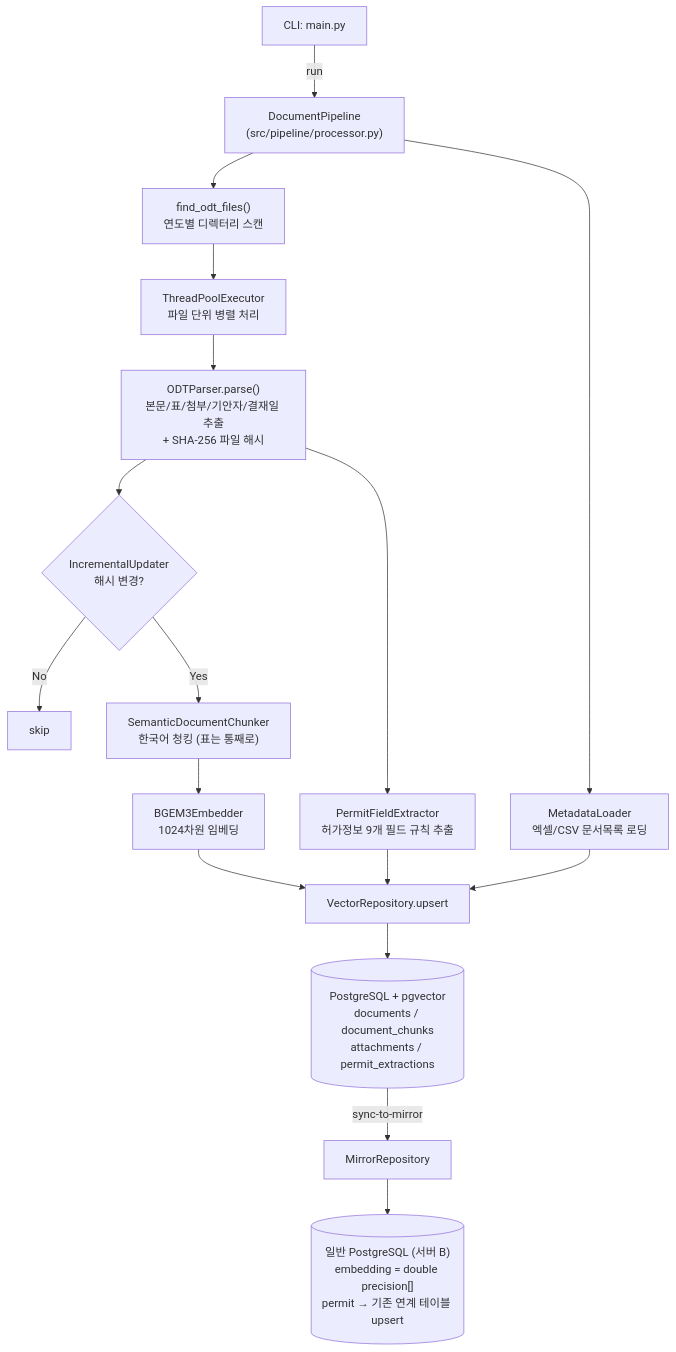
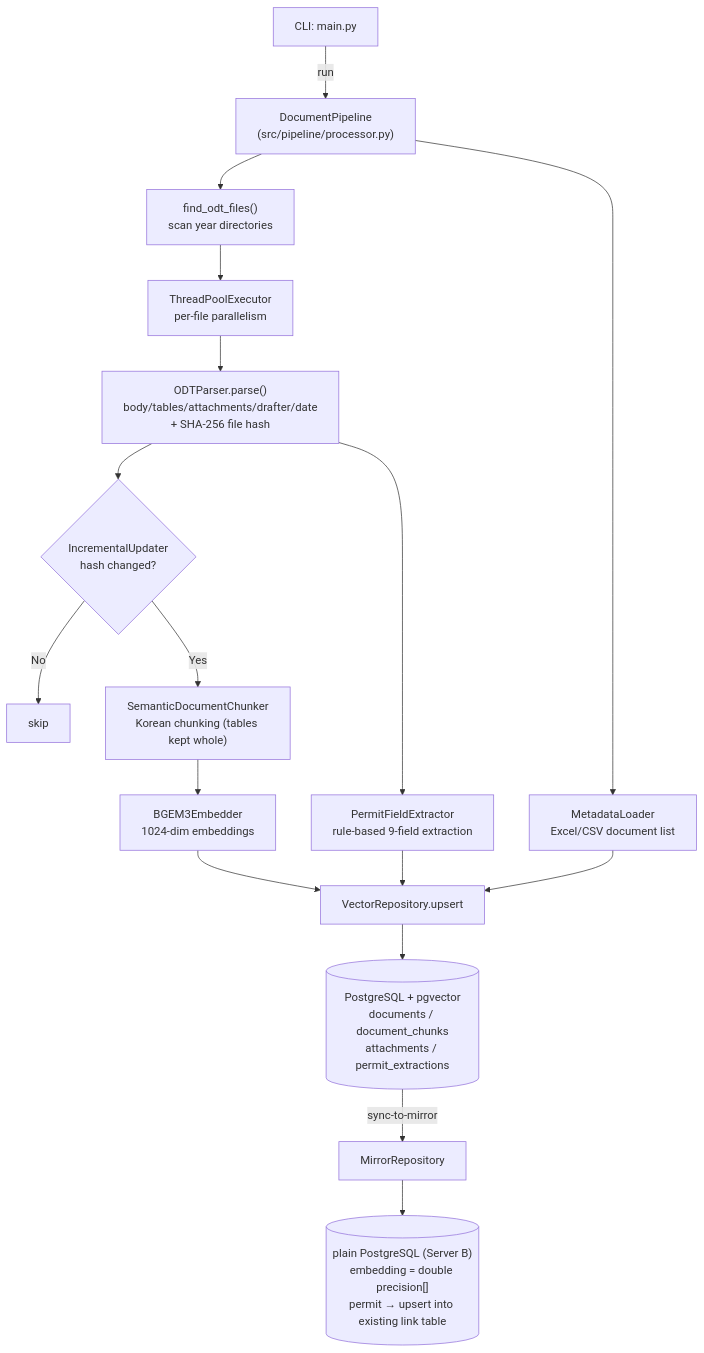
Before and after one commit to chaeminyoon/Doc-Vectorize-Pipeline: the first of 3 diagrams in README.md, drawn with Mermaid. The commit also changed other lines of this file and 1 other file, not shown here.

````diff
--- a/README.md
+++ b/README.md
@@ -64,24 +88,24 @@
 ```mermaid
 flowchart TD
     A["CLI: main.py"] -->|run| B["DocumentPipeline<br/>(src/pipeline/processor.py)"]
 
-    B --> C["MetadataLoader<br/>엑셀/CSV 문서목록 로딩"]
-    B --> D["find_odt_files()<br/>연도별 디렉터리 스캔"]
-    D --> E["ThreadPoolExecutor<br/>파일 단위 병렬 처리"]
+    B --> C["MetadataLoader<br/>Excel/CSV document list"]
+    B --> D["find_odt_files()<br/>scan year directories"]
+    D --> E["ThreadPoolExecutor<br/>per-file parallelism"]
 
-    E --> F["ODTParser.parse()<br/>본문/표/첨부/기안자/결재일 추출<br/>+ SHA-256 파일 해시"]
-    F --> G{"IncrementalUpdater<br/>해시 변경?"}
+    E --> F["ODTParser.parse()<br/>body/tables/attachments/drafter/date<br/>+ SHA-256 file hash"]
+    F --> G{"IncrementalUpdater<br/>hash changed?"}
     G -->|No| H["skip"]
-    G -->|Yes| I["SemanticDocumentChunker<br/>한국어 청킹 (표는 통째로)"]
-    F --> J["PermitFieldExtractor<br/>허가정보 9개 필드 규칙 추출"]
+    G -->|Yes| I["SemanticDocumentChunker<br/>Korean chunking (tables kept whole)"]
+    F --> J["PermitFieldExtractor<br/>rule-based 9-field extraction"]
 
-    I --> K["BGEM3Embedder<br/>1024차원 임베딩"]
+    I --> K["BGEM3Embedder<br/>1024-dim embeddings"]
     K --> L["VectorRepository.upsert"]
     J --> L
     C --> L
 
     L --> M[("PostgreSQL + pgvector<br/>documents / document_chunks<br/>attachments / permit_extractions")]
 
     M -->|sync-to-mirror| N["MirrorRepository"]
-    N --> O[("일반 PostgreSQL (서버 B)<br/>embedding = double precision[]<br/>permit → 기존 연계 테이블 upsert")]
+    N --> O[("plain PostgreSQL (Server B)<br/>embedding = double precision[]<br/>permit → upsert into existing link table")]
 ```
````
